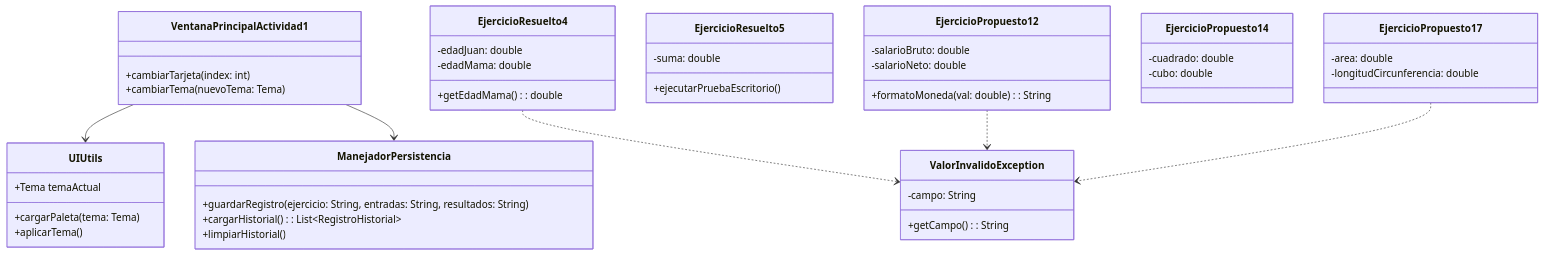
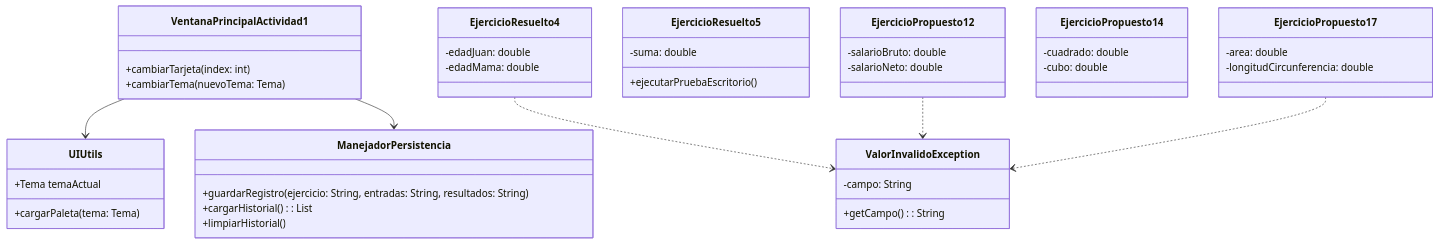
Before and after one commit to cioranemil/trabajo-1: the first of 2 diagrams in README.md, drawn with Mermaid. The commit also changed other lines of this file and 19 other files, not shown here.

````diff
--- a/README.md
+++ b/README.md
@@ -43,57 +44,54 @@
 ```mermaid
 classDiagram
     class VentanaPrincipalActividad1 {
         +cambiarTarjeta(index: int)
         +cambiarTema(nuevoTema: Tema)
     }
 
     class UIUtils {
         +Tema temaActual
         +cargarPaleta(tema: Tema)
-        +aplicarTema()
     }
 
     class ValorInvalidoException {
         -campo: String
         +getCampo(): String
     }
 
     class ManejadorPersistencia {
         +guardarRegistro(ejercicio: String, entradas: String, resultados: String)
-        +cargarHistorial(): List~RegistroHistorial~
+        +cargarHistorial(): List
         +limpiarHistorial()
     }
 
     class EjercicioResuelto4 {
         -edadJuan: double
         -edadMama: double
-        +getEdadMama(): double
     }
 
     class EjercicioResuelto5 {
         -suma: double
         +ejecutarPruebaEscritorio()
     }
 
     class EjercicioPropuesto12 {
         -salarioBruto: double
         -salarioNeto: double
-        +formatoMoneda(val: double): String
     }
 
     class EjercicioPropuesto14 {
         -cuadrado: double
         -cubo: double
     }
 
     class EjercicioPropuesto17 {
         -area: double
         -longitudCircunferencia: double
     }
 
     VentanaPrincipalActividad1 --> UIUtils
     VentanaPrincipalActividad1 --> ManejadorPersistencia
     EjercicioResuelto4 ..> ValorInvalidoException
     EjercicioPropuesto12 ..> ValorInvalidoException
     EjercicioPropuesto17 ..> ValorInvalidoException
 ```
````
